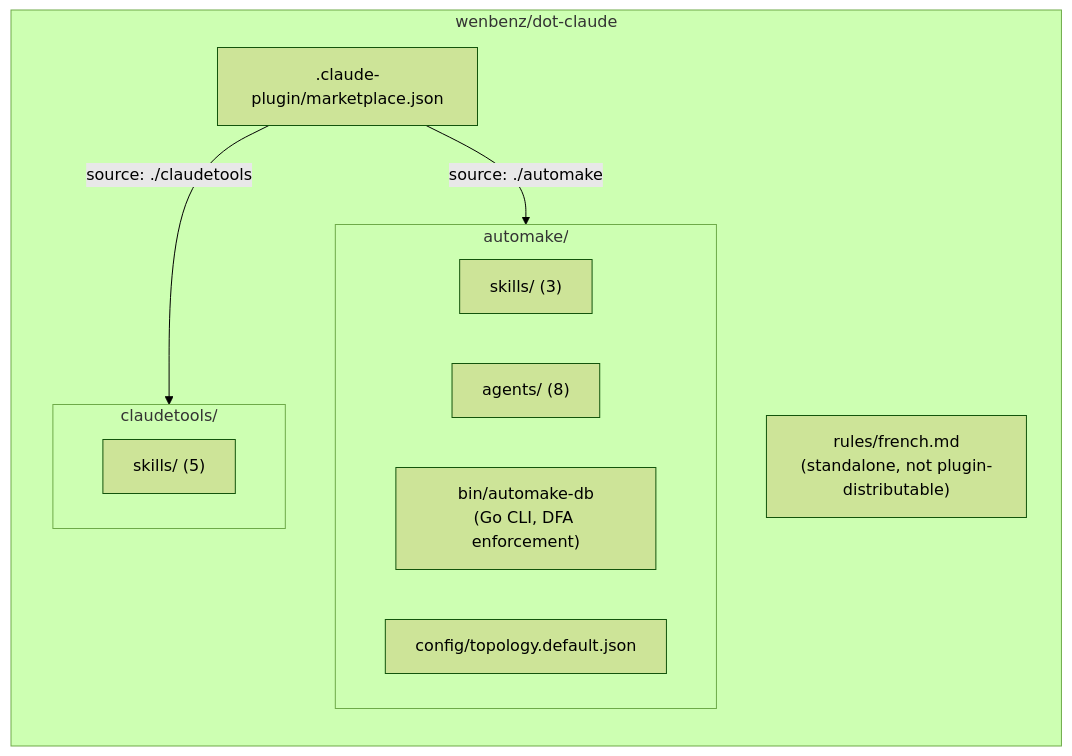
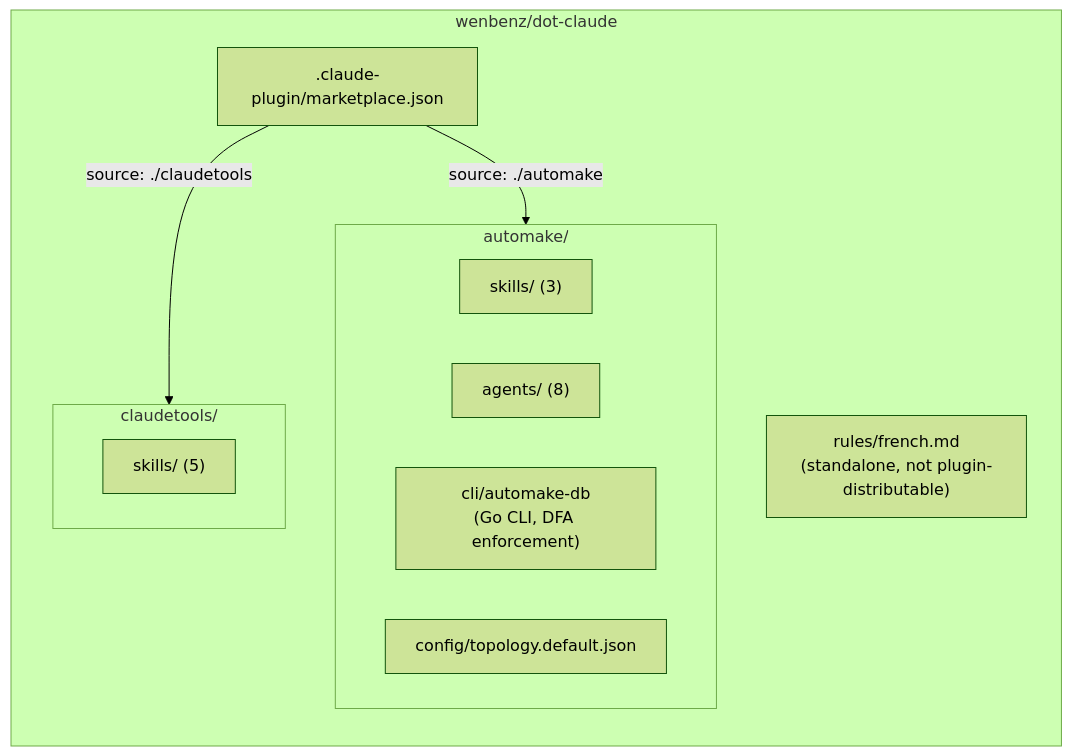
One commit to wenbenz/dot-claude changed the diagram in docs/CODEBASE.md. Above: the diagram before and after it, drawn with Mermaid (forest theme). The commit also changed other lines of this file and 10 other files, not shown here.

First line of the commit message:
Rename automake/bin/ to automake/cli/

````diff
--- a/docs/CODEBASE.md
+++ b/docs/CODEBASE.md
@@ -11,18 +11,18 @@
 ```mermaid
 flowchart LR
     subgraph repo["wenbenz/dot-claude"]
         mkt[".claude-plugin/marketplace.json"]
         subgraph automake["automake/"]
             am_skills["skills/ (3)"]
             am_agents["agents/ (8)"]
-            am_bin["bin/automake-db<br/>(Go CLI, DFA enforcement)"]
+            am_bin["cli/automake-db<br/>(Go CLI, DFA enforcement)"]
             am_config["config/topology.default.json"]
         end
         subgraph claudetools["claudetools/"]
             ct_skills["skills/ (5)"]
         end
         rules["rules/french.md<br/>(standalone, not plugin-distributable)"]
     end
     mkt -->|source: ./automake| automake
     mkt -->|source: ./claudetools| claudetools
 ```
````
